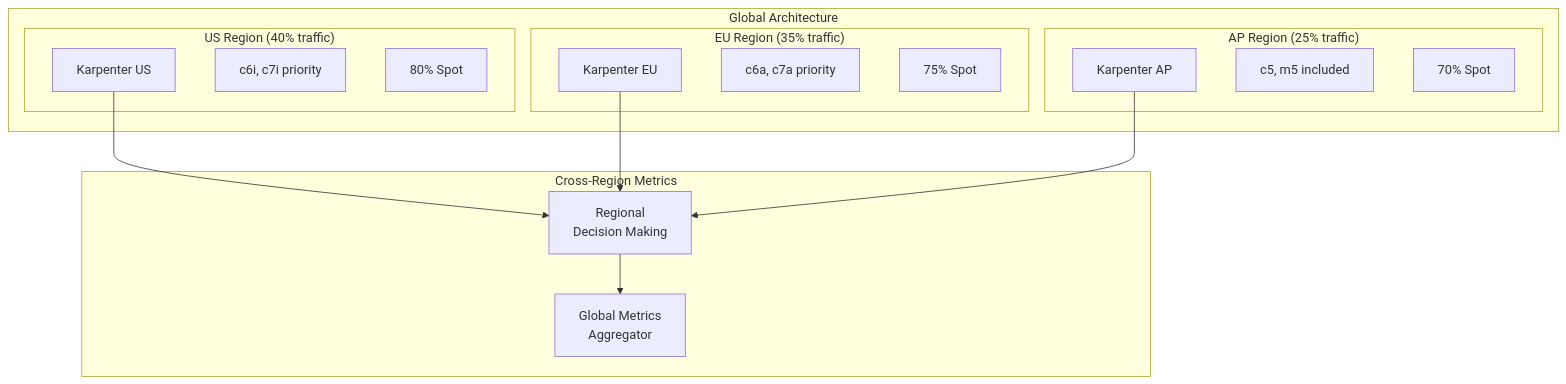
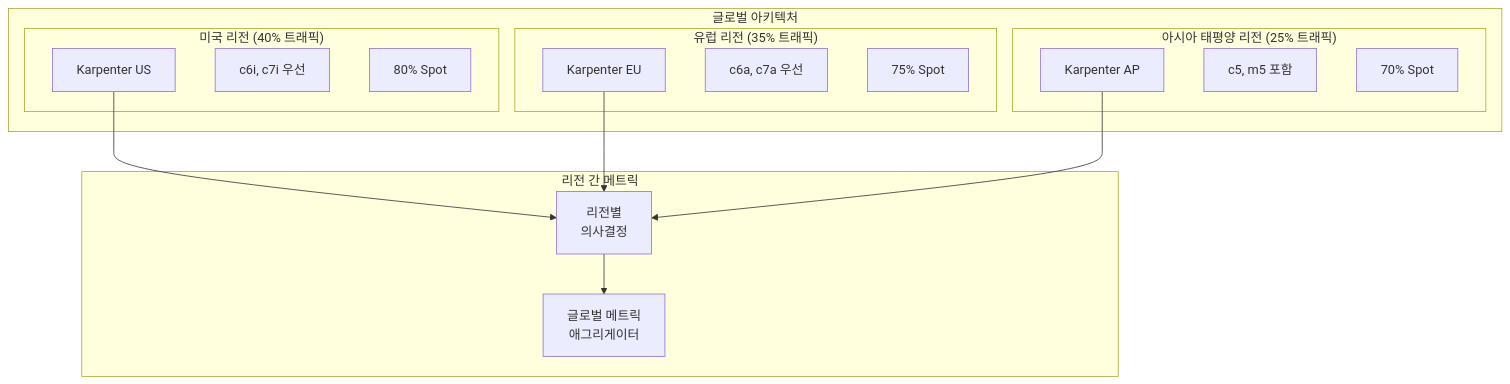
One commit to devfloor9/engineering-playbook changed diagram 12 of 13 in docs/performance-networking/karpenter-autoscaling.md. Above: the diagram before and after it, drawn with Mermaid. The commit also changed other lines of this file and 30 other files, not shown here.

````diff
--- a/docs/performance-networking/karpenter-autoscaling.md
+++ b/docs/performance-networking/karpenter-autoscaling.md
@@ -532,34 +624,34 @@
 ```mermaid
 graph TB
-    subgraph "Global Architecture"
-        subgraph "US Region (40% traffic)"
+    subgraph "글로벌 아키텍처"
+        subgraph "미국 리전 (40% 트래픽)"
             US_KARP[Karpenter US]
-            US_TYPES[c6i, c7i priority]
+            US_TYPES[c6i, c7i 우선]
             US_SPOT[80% Spot]
         end
 
-        subgraph "EU Region (35% traffic)"
+        subgraph "유럽 리전 (35% 트래픽)"
             EU_KARP[Karpenter EU]
-            EU_TYPES[c6a, c7a priority]
+            EU_TYPES[c6a, c7a 우선]
             EU_SPOT[75% Spot]
         end
 
-        subgraph "AP Region (25% traffic)"
+        subgraph "아시아 태평양 리전 (25% 트래픽)"
             AP_KARP[Karpenter AP]
-            AP_TYPES[c5, m5 included]
+            AP_TYPES[c5, m5 포함]
             AP_SPOT[70% Spot]
         end
     end
 
-    subgraph "Cross-Region Metrics"
-        GLOBAL[Global Metrics<br/>Aggregator]
-        REGIONAL[Regional<br/>Decision Making]
+    subgraph "리전 간 메트릭"
+        GLOBAL[글로벌 메트릭<br/>애그리게이터]
+        REGIONAL[리전별<br/>의사결정]
     end
 
     US_KARP --> REGIONAL
     EU_KARP --> REGIONAL
     AP_KARP --> REGIONAL
 
     REGIONAL --> GLOBAL
 
 ```
````
